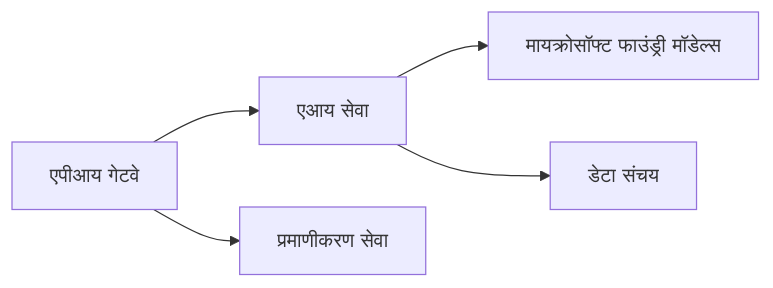
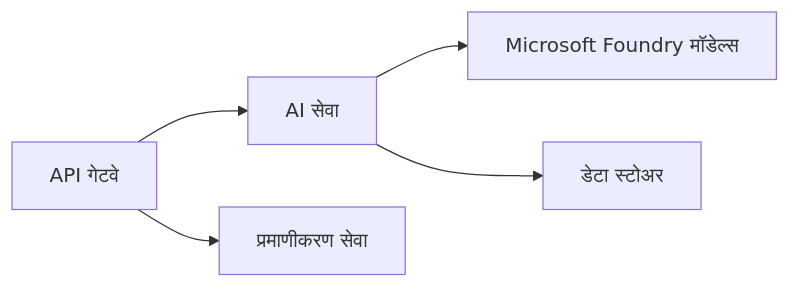
One commit to microsoft/AZD-for-beginners changed the first of 2 diagrams in translations/mr/docs/chapter-08-production/README.md. Above: the diagram before and after it, drawn with Mermaid. The commit also changed other lines of this file and 62 other files, not shown here.

````diff
--- a/translations/mr/docs/chapter-08-production/README.md
+++ b/translations/mr/docs/chapter-08-production/README.md
@@ -48,6 +48,6 @@
 ```mermaid
 graph LR
-    Gateway[एपीआय गेटवे] --> AI[एआय सेवा] --> Models[मायक्रोसॉफ्ट फाउंड्री मॉडेल्स]
+    Gateway[API गेटवे] --> AI[AI सेवा] --> Models[Microsoft Foundry मॉडेल्स]
     Gateway --> Auth[प्रमाणीकरण सेवा]
-    AI --> Data[डेटा संचय]
+    AI --> Data[डेटा स्टोअर]
 ```
````
